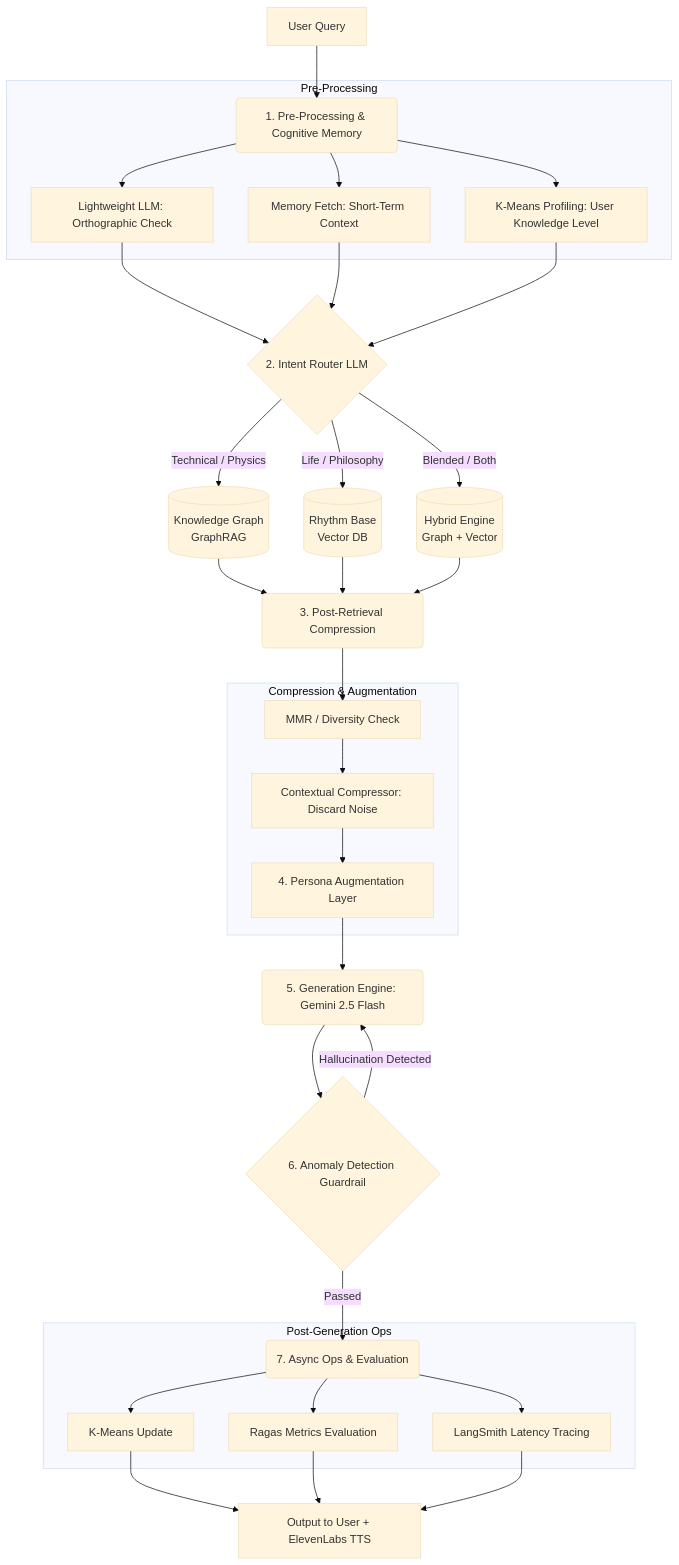
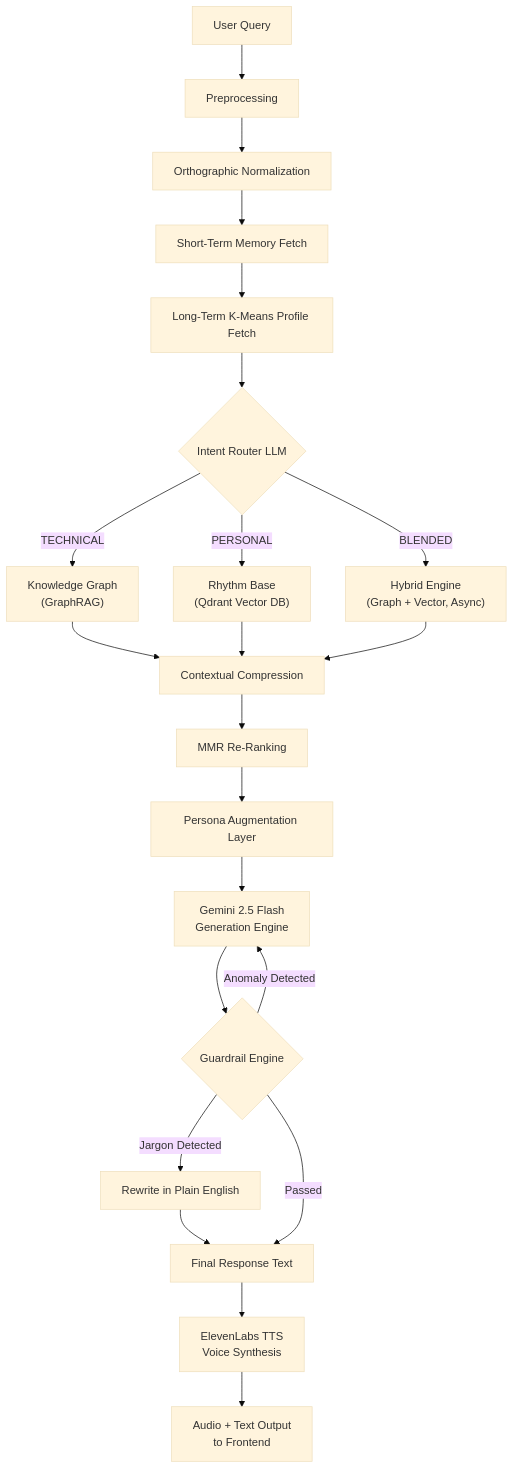
One commit to RajatRawal-06/Digital_Twin_Rag changed the first of 2 diagrams in README.md. Above: the diagram before and after it, drawn with Mermaid (base theme). The commit also changed other lines of this file, not shown here.

Commit message:
docs: rewrite README with professional architecture diagrams and academic documentation

````diff
--- a/README.md
+++ b/README.md
@@ -29,43 +47,29 @@
 ```mermaid
-flowchart TD
-    A[User Query] --> B(1. Pre-Processing & Cognitive Memory)
-    
-    subgraph PreProcessing [Pre-Processing]
-        B1[Lightweight LLM: Orthographic Check]
-        B2[Memory Fetch: Short-Term Context]
-        B3[K-Means Profiling: User Knowledge Level]
-        B --> B1 & B2 & B3
-    end
-    
-    B1 & B2 & B3 --> C{2. Intent Router LLM}
-    
-    C -->|Technical / Physics| D1[(Knowledge Graph\nGraphRAG)]
-    C -->|Life / Philosophy| D2[(Rhythm Base\nVector DB)]
-    C -->|Blended / Both| D3[(Hybrid Engine\nGraph + Vector)]
-    
-    D1 & D2 & D3 --> E(3. Post-Retrieval Compression)
-    
-    subgraph Compression [Compression & Augmentation]
-        E1[MMR / Diversity Check]
-        E2[Contextual Compressor: Discard Noise]
-        E1 --> E2
-        E2 --> F[4. Persona Augmentation Layer]
-    end
-    
-    E --> E1
-    
-    F --> G(5. Generation Engine: Gemini 2.5 Flash)
-    
-    G --> H{6. Anomaly Detection Guardrail}
-    H -->|Hallucination Detected| G
-    H -->|Passed| I(7. Async Ops & Evaluation)
-    
-    subgraph AsyncOps [Post-Generation Ops]
-        I1[K-Means Update]
-        I2[Ragas Metrics Evaluation]
-        I3[LangSmith Latency Tracing]
-        I --> I1 & I2 & I3
-    end
-    
-    I1 & I2 & I3 --> J[Output to User + ElevenLabs TTS]
+flowchart TB
+    A["User Query"] --> B["Preprocessing"]
+    B --> B1["Orthographic Normalization"]
+    B1 --> B2["Short-Term Memory Fetch"]
+    B2 --> B3["Long-Term K-Means Profile Fetch"]
+    B3 --> C{"Intent Router LLM"}
+
+    C -- "TECHNICAL" --> D1["Knowledge Graph\n(GraphRAG)"]
+    C -- "PERSONAL" --> D2["Rhythm Base\n(Qdrant Vector DB)"]
+    C -- "BLENDED" --> D3["Hybrid Engine\n(Graph + Vector, Async)"]
+
+    D1 --> E["Contextual Compression"]
+    D2 --> E
+    D3 --> E
+
+    E --> F["MMR Re-Ranking"]
+    F --> G["Persona Augmentation Layer"]
+    G --> H["Gemini 2.5 Flash\nGeneration Engine"]
+    H --> I{"Guardrail Engine"}
+
+    I -- "Anomaly Detected" --> H
+    I -- "Jargon Detected" --> J["Rewrite in Plain English"]
+    J --> K["Final Response Text"]
+    I -- "Passed" --> K
+
+    K --> L["ElevenLabs TTS\nVoice Synthesis"]
+    L --> M["Audio + Text Output\nto Frontend"]
 ```
````
